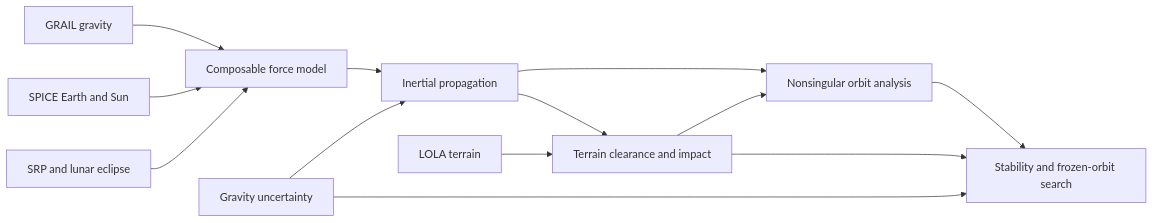
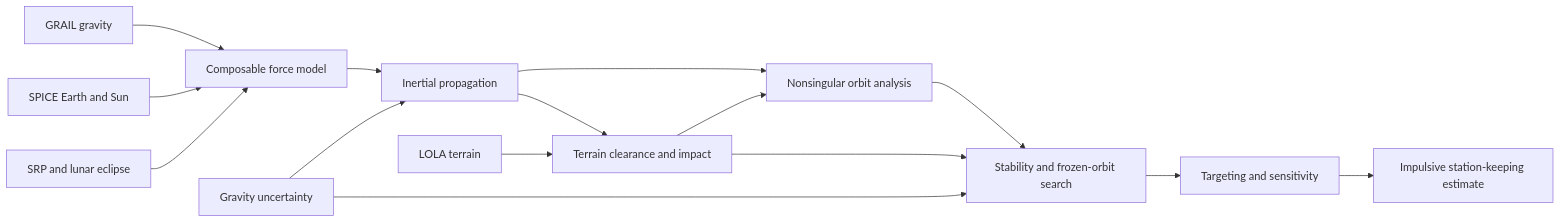
One commit to sylvesterkaczmarek/lunar-astrodynamics-simulation changed the diagram in README.md. Above: the diagram before and after it, drawn with Mermaid. The commit also changed other lines of this file and 8 other files, not shown here.

First line of the commit message:
Add orbit targeting sensitivity and station-keeping analysis

````diff
--- a/README.md
+++ b/README.md
@@ -15,15 +15,17 @@
 ```mermaid
 flowchart LR
     G[GRAIL gravity] --> F[Composable force model]
     E[SPICE Earth and Sun] --> F
     S[SRP and lunar eclipse] --> F
     F --> P[Inertial propagation]
     U[Gravity uncertainty] --> P
     P --> A[Nonsingular orbit analysis]
     L[LOLA terrain] --> C[Terrain clearance and impact]
     P --> C
     C --> A
     A --> Q[Stability and frozen-orbit search]
     U --> Q
     C --> Q
+    Q --> T[Targeting and sensitivity]
+    T --> K[Impulsive station-keeping estimate]
 ```
````
